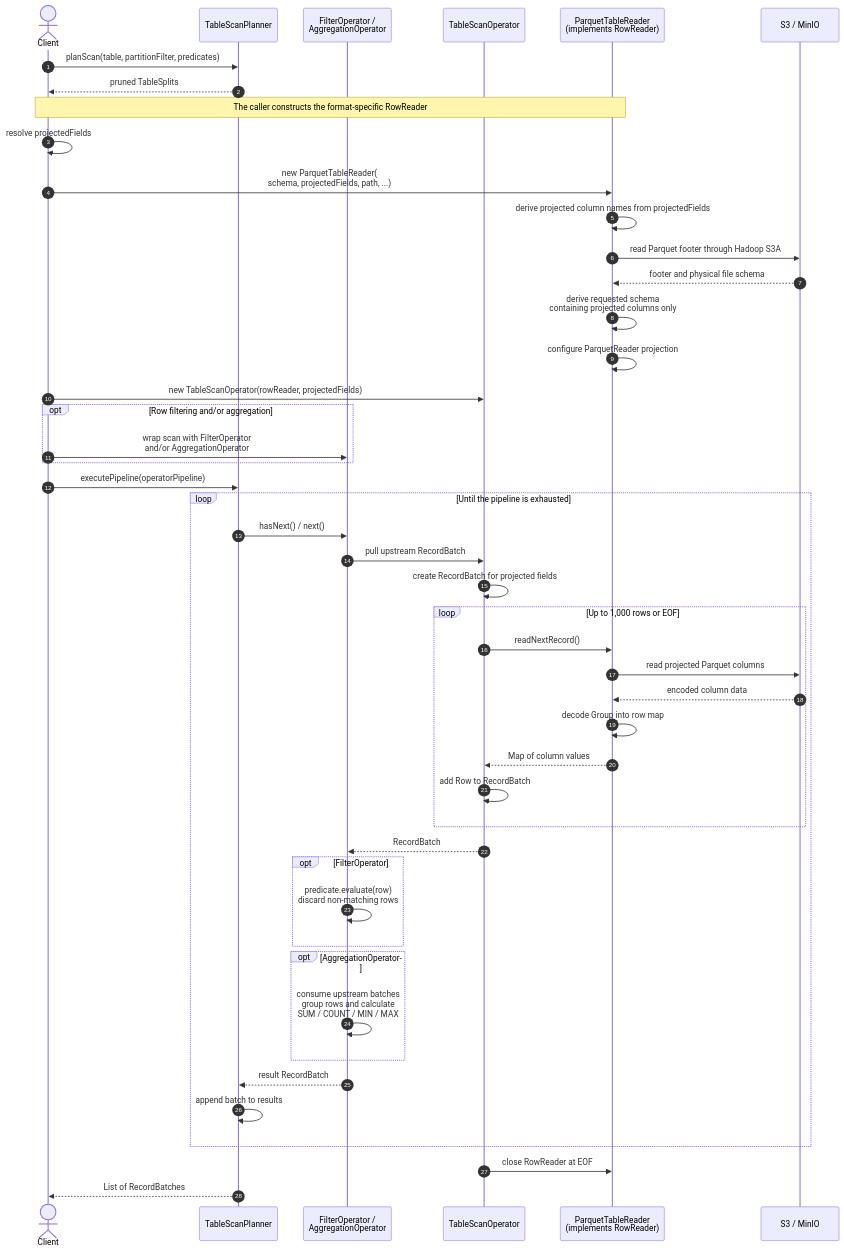
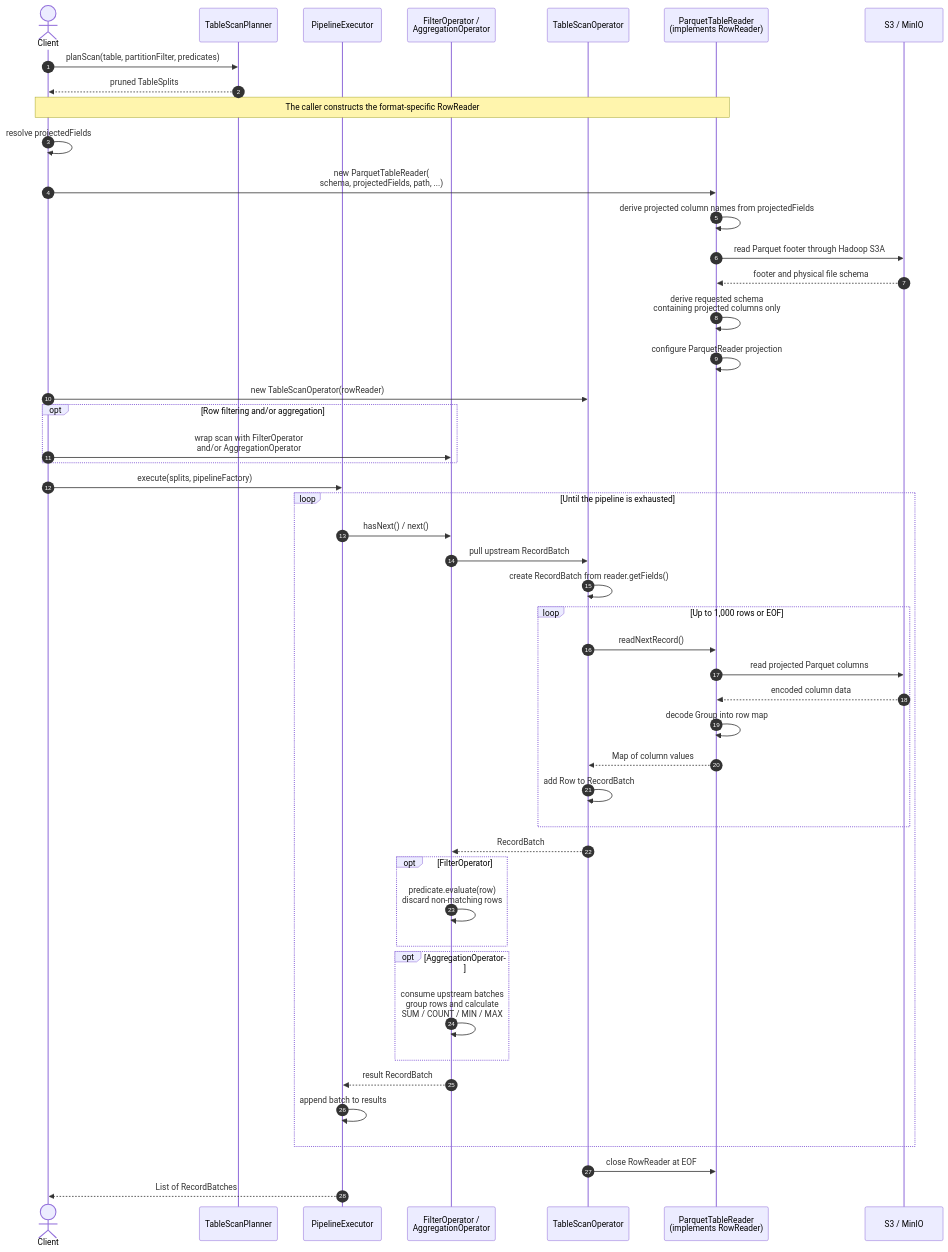
The second of 3 diagrams in docs/system-diagram.md (xsgao-github/lakehouse-connector-learning-lab), drawn with Mermaid before and after one commit. The commit also changed other lines of this file and 5 other files, not shown here.

````diff
--- a/docs/system-diagram.md
+++ b/docs/system-diagram.md
@@ -96,61 +91,62 @@
 ```mermaid
 sequenceDiagram
     autonumber
     actor Client
     participant Planner as TableScanPlanner
+    participant Exec as PipelineExecutor
     participant Ops as FilterOperator /<br/>AggregationOperator
     participant Scan as TableScanOperator
     participant Parquet as ParquetTableReader<br/>(implements RowReader)
     participant S3 as S3 / MinIO
 
     Client->>Planner: planScan(table, partitionFilter, predicates)
     Planner-->>Client: pruned TableSplits
 
     Note over Client,Parquet: The caller constructs the format-specific RowReader
     Client->>Client: resolve projectedFields
     Client->>Parquet: new ParquetTableReader(<br/>schema, projectedFields, path, ...)
     Parquet->>Parquet: derive projected column names from projectedFields
     Parquet->>S3: read Parquet footer through Hadoop S3A
     S3-->>Parquet: footer and physical file schema
     Parquet->>Parquet: derive requested schema<br/>containing projected columns only
     Parquet->>Parquet: configure ParquetReader projection
-    Client->>Scan: new TableScanOperator(rowReader, projectedFields)
+    Client->>Scan: new TableScanOperator(rowReader)
 
     opt Row filtering and/or aggregation
         Client->>Ops: wrap scan with FilterOperator<br/>and/or AggregationOperator
     end
 
-    Client->>Planner: executePipeline(operatorPipeline)
+    Client->>Exec: execute(splits, pipelineFactory)
 
     loop Until the pipeline is exhausted
-        Planner->>Ops: hasNext() / next()
+        Exec->>Ops: hasNext() / next()
         Ops->>Scan: pull upstream RecordBatch
 
-        Scan->>Scan: create RecordBatch for projected fields
+        Scan->>Scan: create RecordBatch from reader.getFields()
 
         loop Up to 1,000 rows or EOF
             Scan->>Parquet: readNextRecord()
             Parquet->>S3: read projected Parquet columns
             S3-->>Parquet: encoded column data
             Parquet->>Parquet: decode Group into row map
             Parquet-->>Scan: Map of column values
             Scan->>Scan: add Row to RecordBatch
         end
 
         Scan-->>Ops: RecordBatch
 
         opt FilterOperator
             Ops->>Ops: predicate.evaluate(row)<br/>discard non-matching rows
         end
 
         opt AggregationOperator
             Ops->>Ops: consume upstream batches<br/>group rows and calculate<br/>SUM / COUNT / MIN / MAX
         end
 
-        Ops-->>Planner: result RecordBatch
-        Planner->>Planner: append batch to results
+        Ops-->>Exec: result RecordBatch
+        Exec->>Exec: append batch to results
     end
 
     Scan->>Parquet: close RowReader at EOF
-    Planner-->>Client: List of RecordBatches
+    Exec-->>Client: List of RecordBatches
 ```
````
